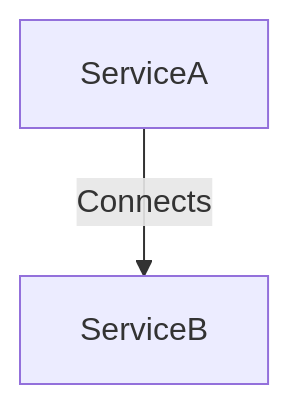
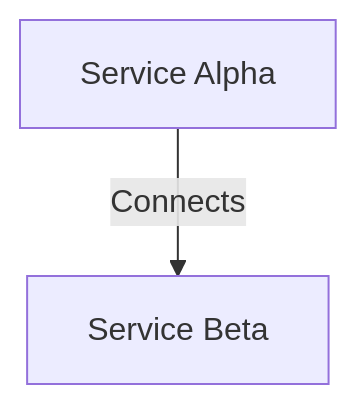
Before and after one commit to finos/architecture-as-code: the diagram in calm-widgets/test-fixtures/related-nodes-widget/relationship-connects/expected.md, drawn with Mermaid. The commit also changed 61 other files, not shown here.

First line of the commit message:
fix(calm-widgets): resolve node names instead of raw ids in related-nodes diagrams (#2883)

````diff
--- a/calm-widgets/test-fixtures/related-nodes-widget/relationship-connects/expected.md
+++ b/calm-widgets/test-fixtures/related-nodes-widget/relationship-connects/expected.md
@@ -1,5 +1,5 @@
 ```mermaid
 graph TD;
-ServiceA -- Connects --> ServiceB;
+svc-a[Service Alpha] -- Connects --> svc-b[Service Beta];
 classDef highlight fill:#f2bbae;
 ```
````
